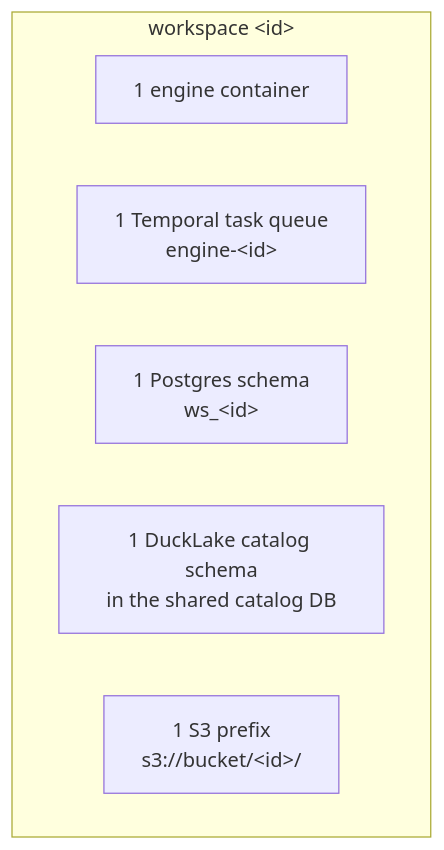
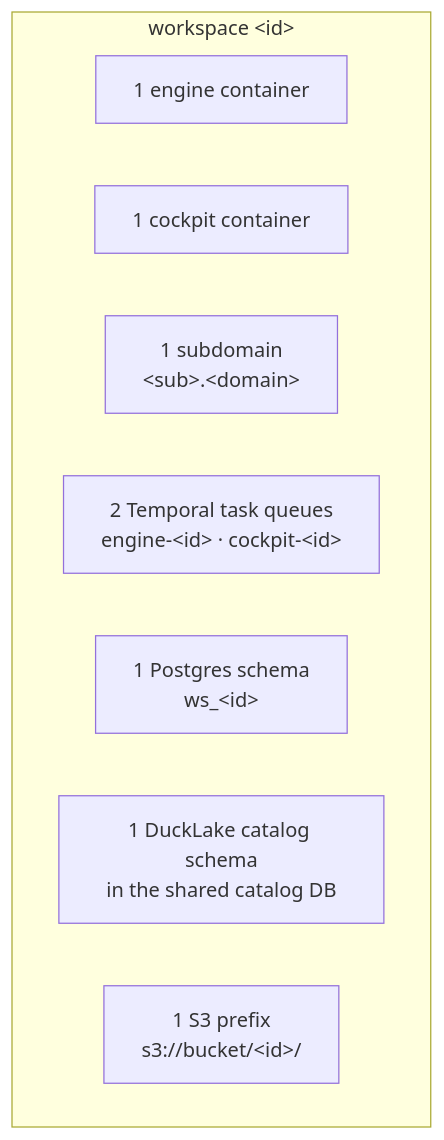
The third of 3 diagrams in docs/platform/architecture.md (dataraum/dataraum), drawn with Mermaid before and after one commit. The commit also changed other lines of this file and 2 other files, not shown here.

First line of the commit message:
docs: DAT-819 ADR-0022 (portal auth), architecture ingress/identity section, cockpit role map

````diff
--- a/docs/platform/architecture.md
+++ b/docs/platform/architecture.md
@@ -135,11 +135,13 @@
 ```mermaid
 flowchart TB
     subgraph WS["workspace &lt;id&gt;"]
         direction LR
         C["1 engine container"]
-        Q["1 Temporal task queue<br/>engine-&lt;id&gt;"]
+        CC["1 cockpit container"]
+        SD["1 subdomain<br/>&lt;sub&gt;.&lt;domain&gt;"]
+        Q["2 Temporal task queues<br/>engine-&lt;id&gt; · cockpit-&lt;id&gt;"]
         SCH["1 Postgres schema<br/>ws_&lt;id&gt;"]
         CAT["1 DuckLake catalog schema<br/>in the shared catalog DB"]
         LAKE["1 S3 prefix<br/>s3://bucket/&lt;id&gt;/"]
     end
 ```
````
